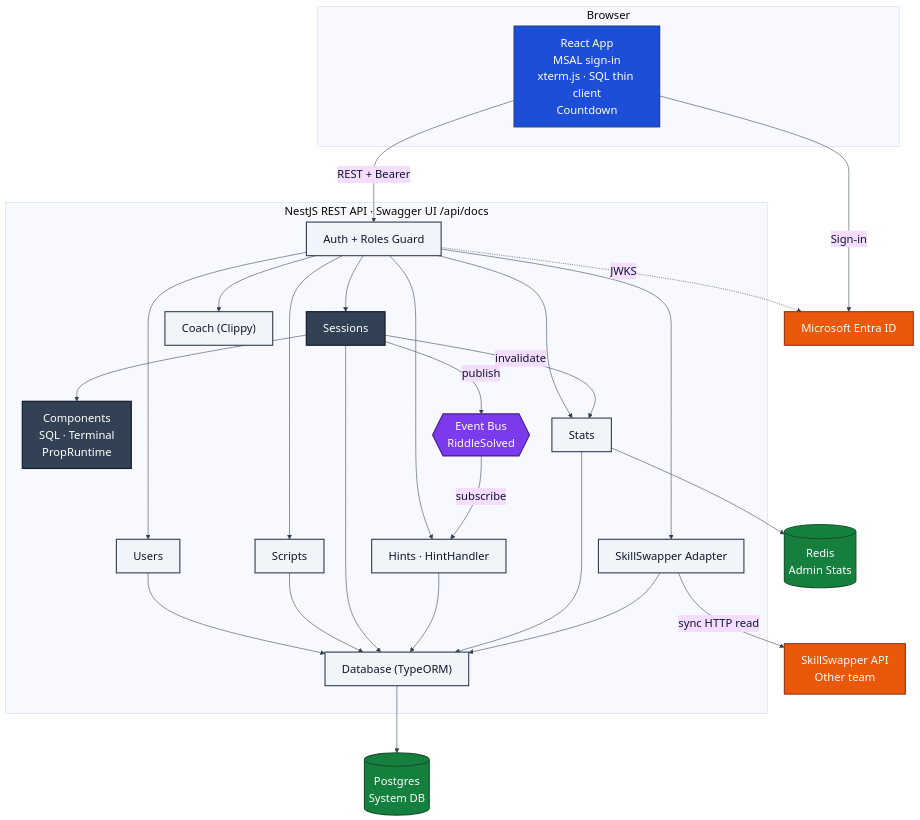
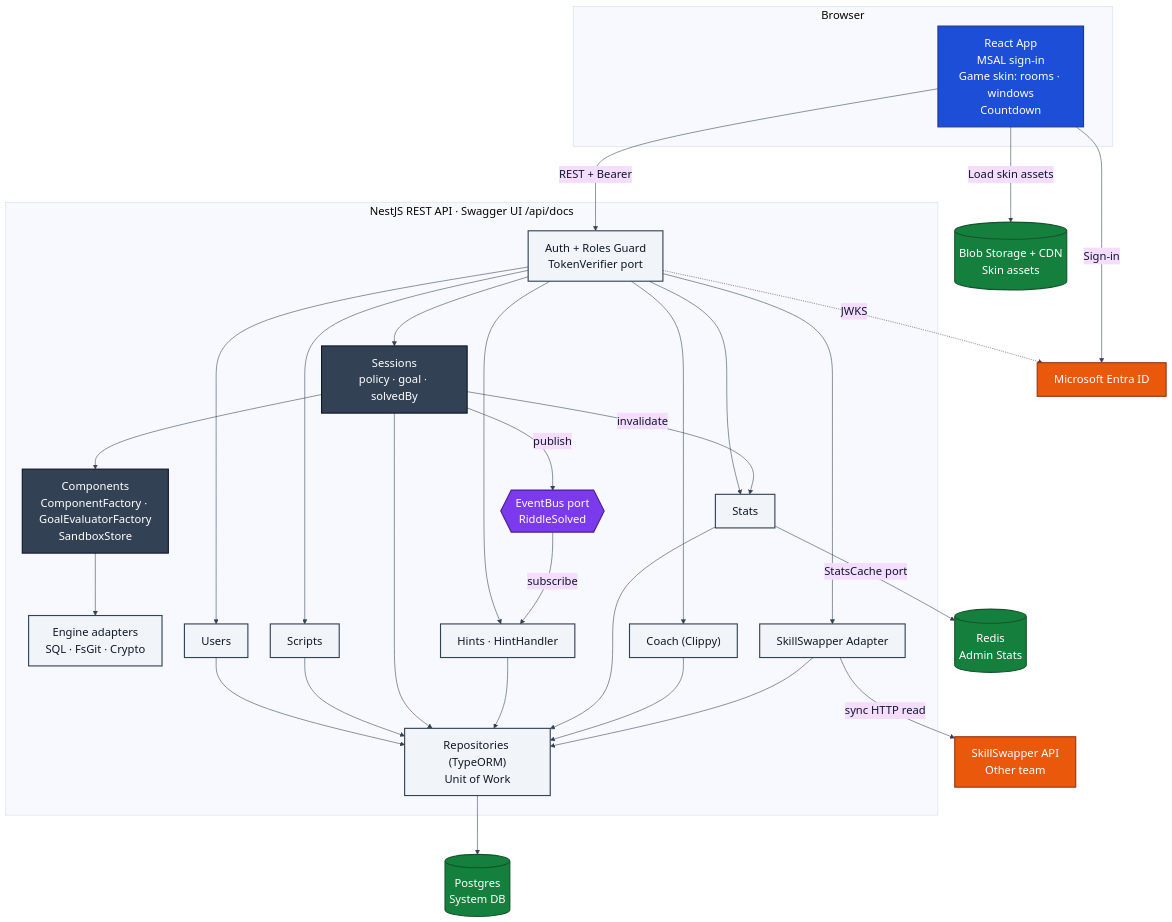
Before and after one commit to edenbuky/escapeRoom: the first of 9 diagrams in DESIGN.md, drawn with Mermaid. The commit also changed other lines of this file, not shown here.

First line of the commit message:
Redefine riddles as data over a component factory.

````diff
--- a/DESIGN.md
+++ b/DESIGN.md
@@ -46,52 +108,56 @@
 ```mermaid
 %%{init: {"theme": "base", "themeVariables": {"fontSize": "20px", "fontFamily": "Arial, Helvetica, sans-serif", "lineColor": "#334155", "primaryTextColor": "#0f172a"}, "flowchart": {"nodeSpacing": 40, "rankSpacing": 70, "curve": "basis"}}}%%
 flowchart TB
   subgraph Browser["Browser"]
-    UI["React App<br/>MSAL sign-in<br/>xterm.js · SQL thin client<br/>Countdown"]
+    UI["React App<br/>MSAL sign-in<br/>Game skin: rooms · windows<br/>Countdown"]
   end
 
   subgraph API["NestJS REST API · Swagger UI /api/docs"]
-    Auth["Auth + Roles Guard"]
-    Sessions["Sessions"]
-    Components["Components<br/>SQL · Terminal<br/>PropRuntime"]
+    Auth["Auth + Roles Guard<br/>TokenVerifier port"]
+    Sessions["Sessions<br/>policy · goal · solvedBy"]
+    Components["Components<br/>ComponentFactory · GoalEvaluatorFactory<br/>SandboxStore"]
+    Engines["Engine adapters<br/>SQL · FsGit · Crypto"]
     Users["Users"]
     Scripts["Scripts"]
     Hints["Hints · HintHandler"]
     Stats["Stats"]
     Coach["Coach (Clippy)"]
     SSH["SkillSwapper Adapter"]
-    DB["Database (TypeORM)"]
-    Bus{{"Event Bus<br/>RiddleSolved"}}
+    Repos["Repositories (TypeORM)<br/>Unit of Work"]
+    Bus{{"EventBus port<br/>RiddleSolved"}}
   end
 
   Entra["Microsoft Entra ID"]
   PG[("Postgres<br/>System DB")]
   Redis[("Redis<br/>Admin Stats")]
+  Blob[("Blob Storage + CDN<br/>Skin assets")]
   SS["SkillSwapper API<br/>Other team"]
 
   UI -- "Sign-in" --> Entra
   UI -- "REST + Bearer" --> Auth
+  UI -- "Load skin assets" --> Blob
   Auth -. "JWKS" .-> Entra
   Auth --> Sessions & Users & Scripts & Hints & Stats & Coach & SSH
   Sessions --> Components
+  Components --> Engines
   Sessions -- "invalidate" --> Stats
   Sessions -- "publish" --> Bus
   Bus -- "subscribe" --> Hints
-  Stats --> Redis
+  Stats -- "StatsCache port" --> Redis
   SSH -- "sync HTTP read" --> SS
-  Users & Scripts & Sessions & Hints & Stats & SSH --> DB
-  DB --> PG
+  Users & Scripts & Sessions & Hints & Stats & Coach & SSH --> Repos
+  Repos --> PG
 
   classDef browser fill:#1d4ed8,stroke:#1e3a8a,color:#ffffff,stroke-width:2px
   classDef module fill:#f1f5f9,stroke:#334155,color:#0f172a,stroke-width:2px
   classDef core fill:#334155,stroke:#0f172a,color:#ffffff,stroke-width:2px
   classDef bus fill:#7c3aed,stroke:#4c1d95,color:#ffffff,stroke-width:2px
   classDef store fill:#15803d,stroke:#14532d,color:#ffffff,stroke-width:2px
   classDef external fill:#ea580c,stroke:#9a3412,color:#ffffff,stroke-width:2px
   class UI browser
-  class Auth,Users,Scripts,Hints,Stats,Coach,SSH,DB module
+  class Auth,Users,Scripts,Hints,Stats,Coach,SSH,Repos,Engines module
   class Sessions,Components core
   class Bus bus
-  class PG,Redis store
+  class PG,Redis,Blob store
   class Entra,SS external
 ```
````
